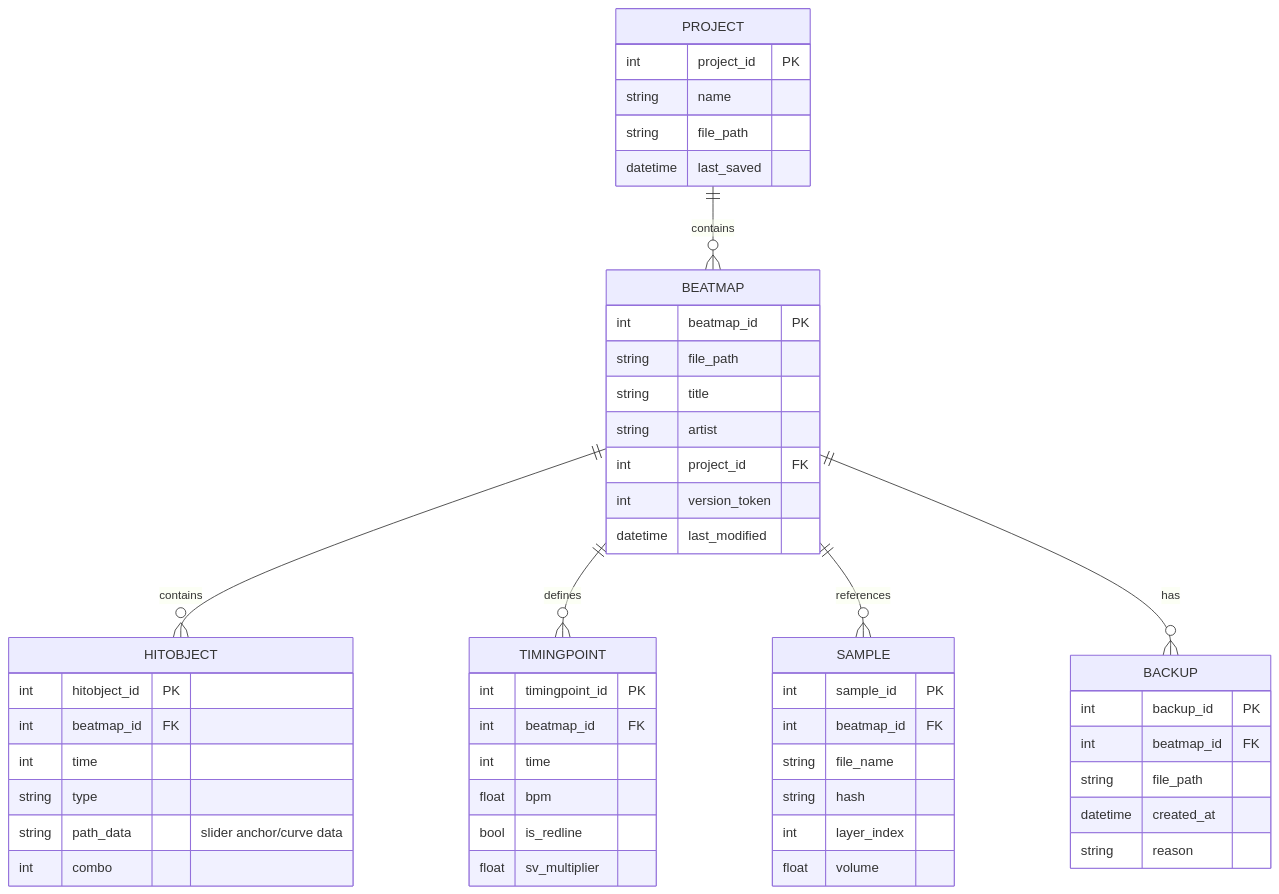
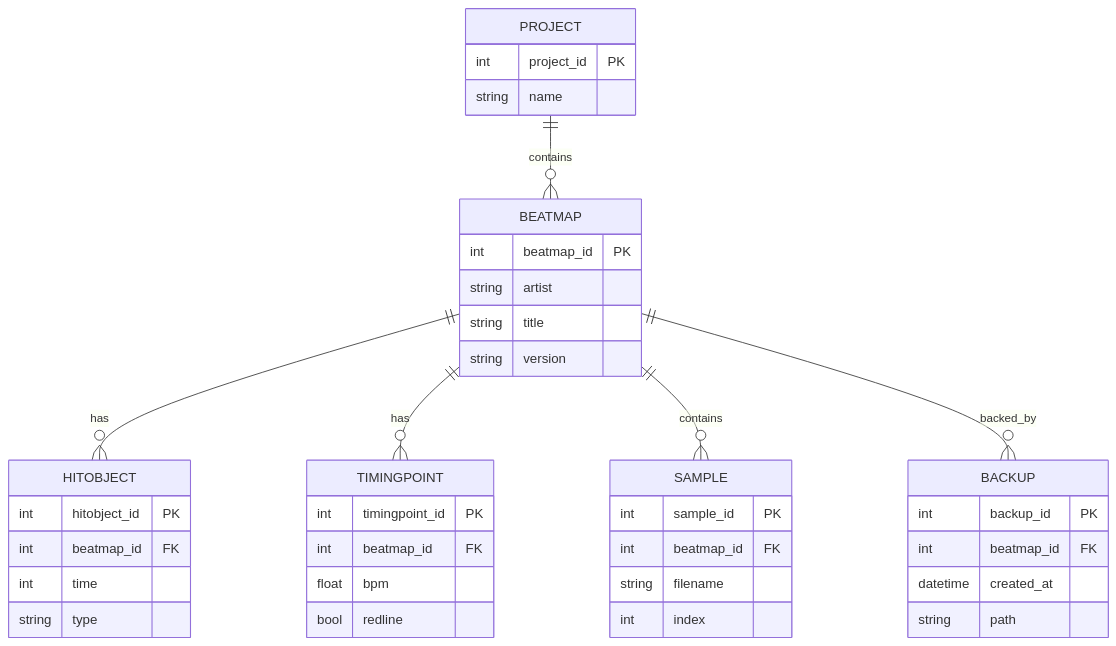
One commit to TheKayneGame/Mapping_Tools changed the first of 5 diagrams in docs/ddd/5_Data_Schema.md. Above: the diagram before and after it, drawn with Mermaid. The commit also changed other lines of this file and 8 other files, not shown here.

First line of the commit message:
docs(ddd): add colourhaxstudio docs and update ERD

````diff
--- a/docs/ddd/5_Data_Schema.md
+++ b/docs/ddd/5_Data_Schema.md
@@ -5,56 +7,42 @@
 ```mermaid
 erDiagram
-  BEATMAP {
-    int beatmap_id PK
-    string file_path
-    string title
-    string artist
-    int project_id FK
-    int version_token
-    datetime last_modified
-  }
-  HITOBJECT {
-    int hitobject_id PK
-    int beatmap_id FK
-    int time
-    string type
-    string path_data "slider anchor/curve data"
-    int combo
-  }
-  TIMINGPOINT {
-    int timingpoint_id PK
-    int beatmap_id FK
-    int time
-    float bpm
-    bool is_redline
-    float sv_multiplier
-  }
-  SAMPLE {
-    int sample_id PK
-    int beatmap_id FK
-    string file_name
-    string hash
-    int layer_index
-    float volume
-  }
-  PROJECT {
-    int project_id PK
-    string name
-    string file_path
-    datetime last_saved
-  }
-  BACKUP {
-    int backup_id PK
-    int beatmap_id FK
-    string file_path
-    datetime created_at
-    string reason
-  }
-
-  BEATMAP ||--o{ HITOBJECT : contains
-  BEATMAP ||--o{ TIMINGPOINT : defines
-  BEATMAP ||--o{ SAMPLE : references
-  PROJECT ||--o{ BEATMAP : contains
-  BEATMAP ||--o{ BACKUP : has
-
+    BEATMAP {
+      int beatmap_id PK
+      string artist
+      string title
+      string version
+    }
+    HITOBJECT {
+      int hitobject_id PK
+      int beatmap_id FK
+      int time
+      string type
+    }
+    TIMINGPOINT {
+      int timingpoint_id PK
+      int beatmap_id FK
+      float bpm
+      bool redline
+    }
+    SAMPLE {
+      int sample_id PK
+      int beatmap_id FK
+      string filename
+      int index
+    }
+    PROJECT {
+      int project_id PK
+      string name
+    }
+    BACKUP {
+      int backup_id PK
+      int beatmap_id FK
+      datetime created_at
+      string path
+    }
+    BEATMAP ||--o{ HITOBJECT : "has"
+    BEATMAP ||--o{ TIMINGPOINT : "has"
+    BEATMAP ||--o{ SAMPLE : "contains"
+    BEATMAP ||--o{ BACKUP : "backed_by"
+    PROJECT ||--o{ BEATMAP : "contains"
 ```
````
